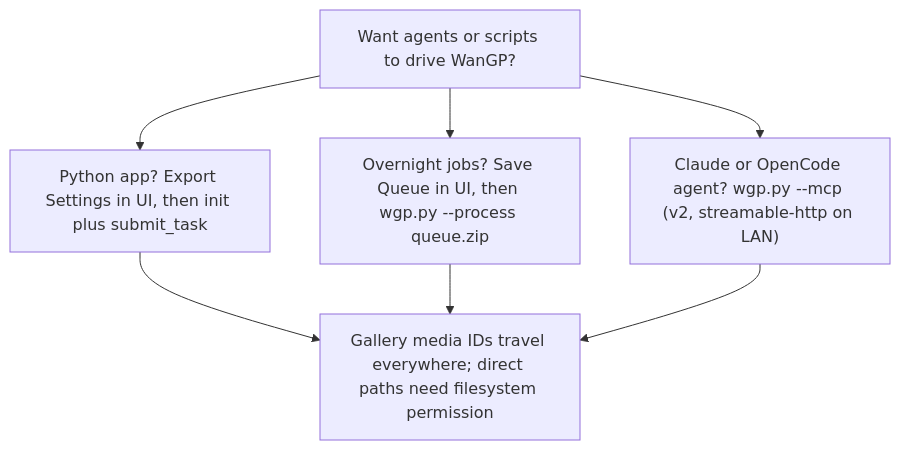
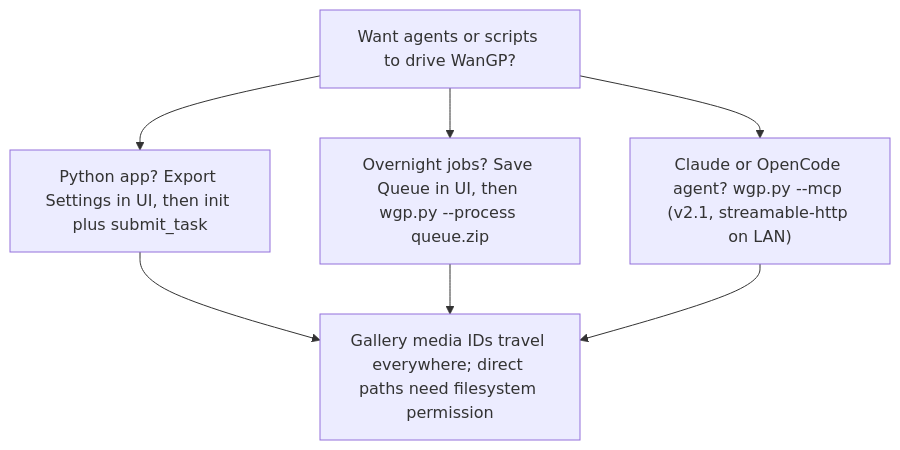
One commit to GKartist75/Wan2GP-Desktop-Tauri changed the eighth of 10 diagrams in docs/WAN2GP-GUIDE.md. Above: the diagram before and after it, drawn with Mermaid. The commit also changed other lines of this file and 4 other files, not shown here.

````diff
--- a/docs/WAN2GP-GUIDE.md
+++ b/docs/WAN2GP-GUIDE.md
@@ -639,8 +640,8 @@
 ```mermaid
 flowchart TD
   A["Want agents or scripts to drive WanGP?"]
   A --> P["Python app? Export Settings in UI, then init plus submit_task"]
   A --> H["Overnight jobs? Save Queue in UI, then wgp.py --process queue.zip"]
-  A --> M["Claude or OpenCode agent? wgp.py --mcp (v2, streamable-http on LAN)"]
+  A --> M["Claude or OpenCode agent? wgp.py --mcp (v2.1, streamable-http on LAN)"]
   P & H & M --> G["Gallery media IDs travel everywhere; direct paths need filesystem permission"]
 ```
````
